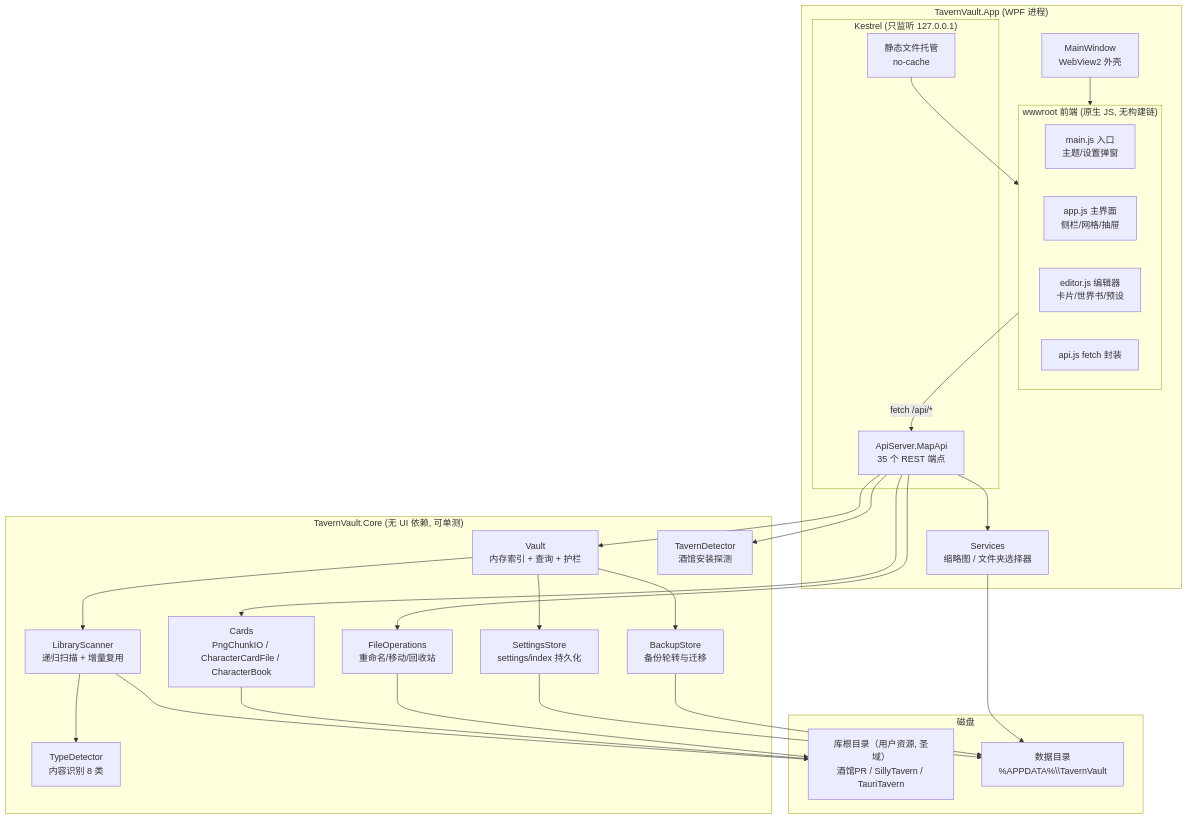
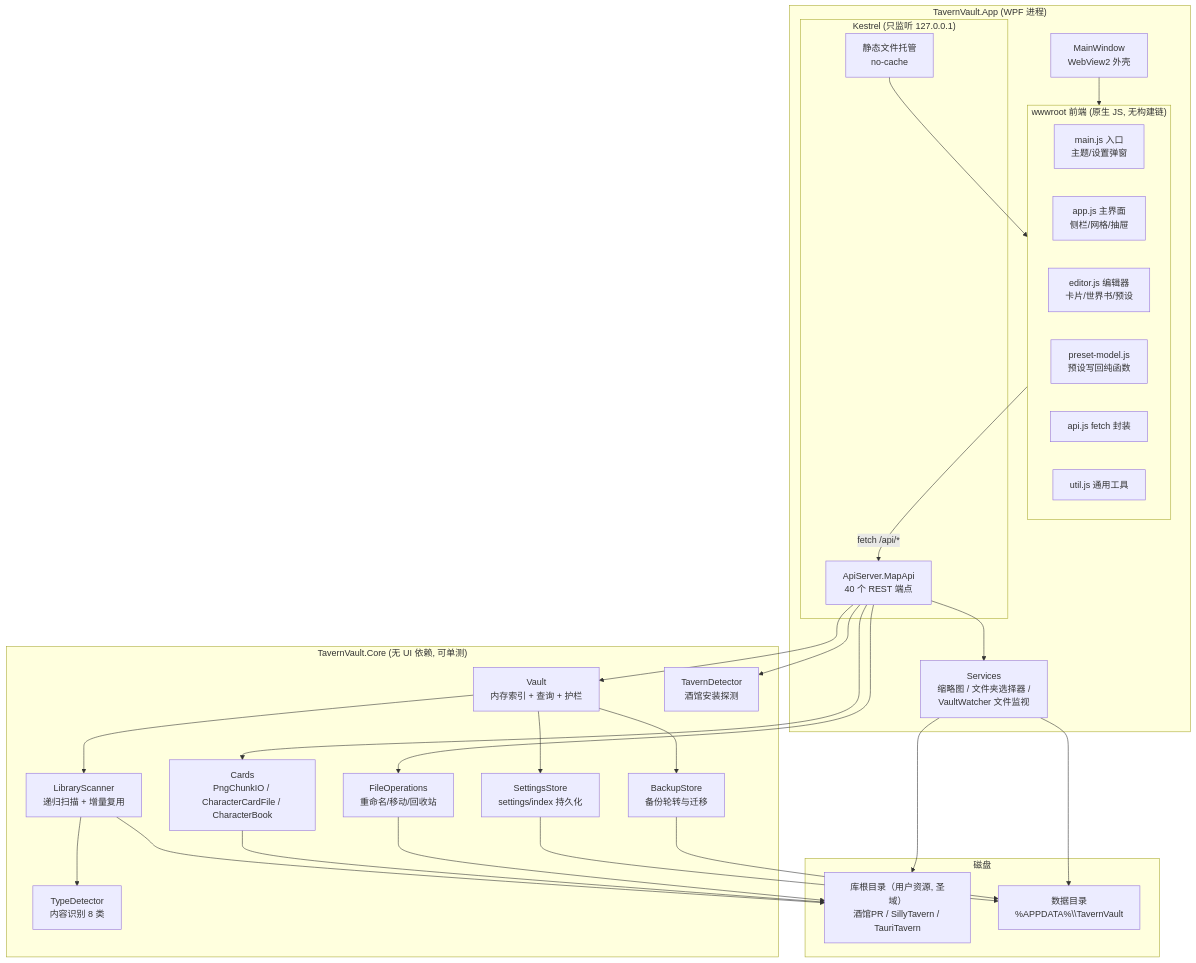
One commit to minekurs53-cmd/TavernVault changed the first of 12 diagrams in docs/architecture-visualization.md. Above: the diagram before and after it, drawn with Mermaid. The commit also changed other lines of this file and 4 other files, not shown here.

Commit message:
docs：v1.0.0 全量勘误——图集对齐现实（40 端点/索引v4/时间线补全）+ 权威文档自相矛盾清理

````diff
--- a/docs/architecture-visualization.md
+++ b/docs/architecture-visualization.md
@@ -8,52 +8,55 @@
 ```mermaid
 graph TB
     subgraph App["TavernVault.App (WPF 进程)"]
         Shell["MainWindow<br/>WebView2 外壳"]
         subgraph Web["wwwroot 前端 (原生 JS, 无构建链)"]
             MAIN["main.js 入口<br/>主题/设置弹窗"]
             APPJ["app.js 主界面<br/>侧栏/网格/抽屉"]
             EDJ["editor.js 编辑器<br/>卡片/世界书/预设"]
+            PRESET["preset-model.js<br/>预设写回纯函数"]
             APIJ["api.js fetch 封装"]
+            UTIL["util.js 通用工具"]
         end
         subgraph Kestrel["Kestrel (只监听 127.0.0.1)"]
             STATIC["静态文件托管<br/>no-cache"]
-            REST["ApiServer.MapApi<br/>35 个 REST 端点"]
+            REST["ApiServer.MapApi<br/>40 个 REST 端点"]
         end
-        SVCS["Services<br/>缩略图 / 文件夹选择器"]
+        SVCS["Services<br/>缩略图 / 文件夹选择器 /<br/>VaultWatcher 文件监视"]
     end
 
     subgraph Core["TavernVault.Core (无 UI 依赖, 可单测)"]
         VAULT["Vault<br/>内存索引 + 查询 + 护栏"]
         SCANNER["LibraryScanner<br/>递归扫描 + 增量复用"]
         DETECTOR["TypeDetector<br/>内容识别 8 类"]
         TAVERND["TavernDetector<br/>酒馆安装探测"]
         STORE["SettingsStore<br/>settings/index 持久化"]
         BACKUP["BackupStore<br/>备份轮转与迁移"]
         FILEOPS["FileOperations<br/>重命名/移动/回收站"]
         CARDS["Cards<br/>PngChunkIO / CharacterCardFile / CharacterBook"]
     end
 
     subgraph Disk["磁盘"]
         LIB["库根目录（用户资源, 圣域）<br/>酒馆PR / SillyTavern / TauriTavern"]
         DATA["数据目录<br/>%APPDATA%\\TavernVault"]
     end
 
     Shell --> Web
     Web -->|"fetch /api/*"| REST
     STATIC --> Web
     REST --> VAULT
     VAULT --> SCANNER
     SCANNER --> DETECTOR
     VAULT --> STORE
     VAULT --> BACKUP
     REST --> FILEOPS
     REST --> CARDS
     REST --> SVCS
     REST --> TAVERND
     SCANNER --> LIB
     CARDS --> LIB
     FILEOPS --> LIB
     STORE --> DATA
     BACKUP --> DATA
     SVCS --> DATA
+    SVCS --> LIB
 ```
````
